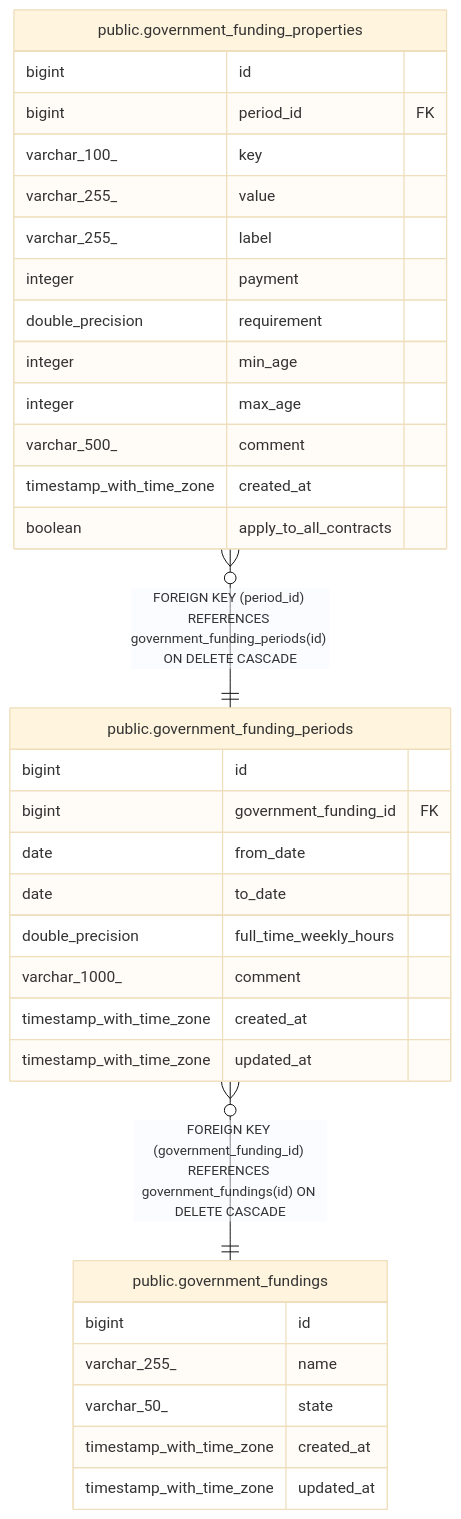
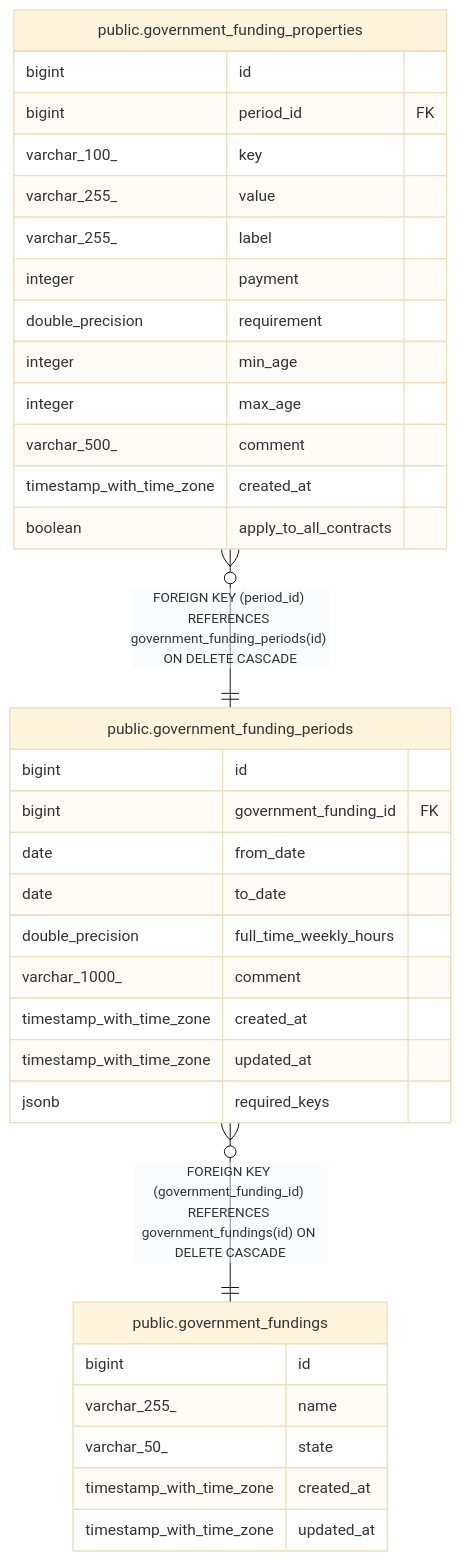
One commit to eenemeene/kitamanager-go changed the diagram in docs/schema/public.government_fundings.md. Above: the diagram before and after it, drawn with Mermaid (base theme). The commit also changed other lines of this file and 29 other files, not shown here.

First line of the commit message:
docs(schema): regenerate; the diagram was five tables stale

````diff
--- a/docs/schema/public.government_fundings.md
+++ b/docs/schema/public.government_fundings.md
@@ -33,38 +31,39 @@
 ```mermaid
 erDiagram
 
 "public.government_funding_periods" }o--|| "public.government_fundings" : "FOREIGN KEY (government_funding_id) REFERENCES government_fundings(id) ON DELETE CASCADE"
 "public.government_funding_properties" }o--|| "public.government_funding_periods" : "FOREIGN KEY (period_id) REFERENCES government_funding_periods(id) ON DELETE CASCADE"
 
 "public.government_fundings" {
   bigint id
   varchar_255_ name
   varchar_50_ state
   timestamp_with_time_zone created_at
   timestamp_with_time_zone updated_at
 }
 "public.government_funding_periods" {
   bigint id
   bigint government_funding_id FK
   date from_date
   date to_date
   double_precision full_time_weekly_hours
   varchar_1000_ comment
   timestamp_with_time_zone created_at
   timestamp_with_time_zone updated_at
+  jsonb required_keys
 }
 "public.government_funding_properties" {
   bigint id
   bigint period_id FK
   varchar_100_ key
   varchar_255_ value
   varchar_255_ label
   integer payment
   double_precision requirement
   integer min_age
   integer max_age
   varchar_500_ comment
   timestamp_with_time_zone created_at
   boolean apply_to_all_contracts
 }
 ```
````
